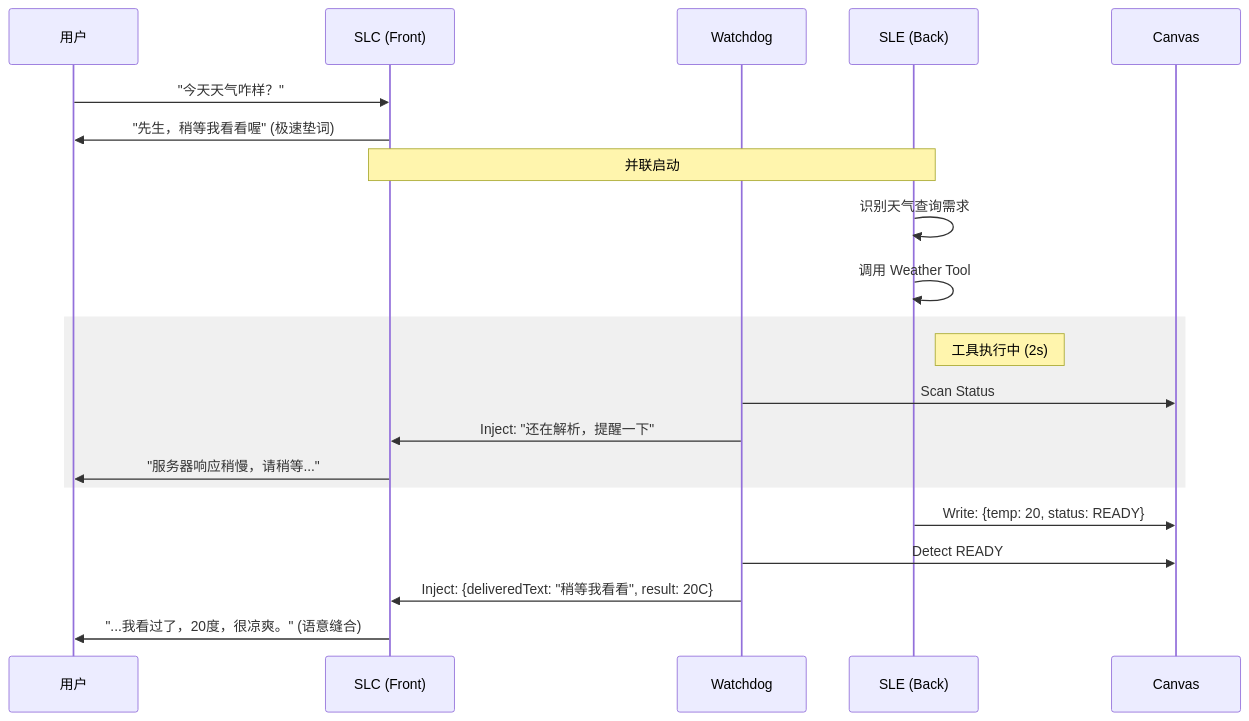
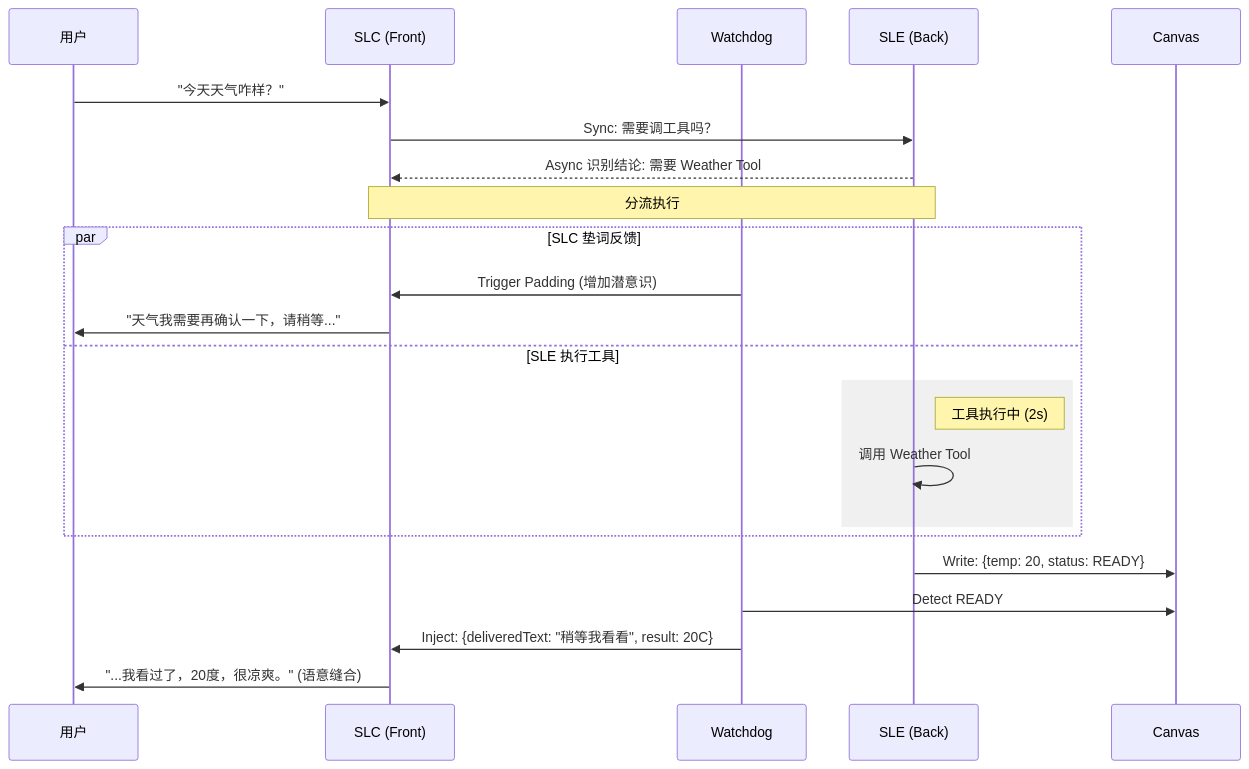
Before and after one commit to Cogit-oergo-sum/OpenClaw-Voice-Gateway-Plugin: the third of 3 diagrams in doc/design/v3.1/fast_agent_v3.md, drawn with Mermaid. The commit also changed other lines of this file and 29 other files, not shown here.

````diff
--- a/doc/design/v3.1/fast_agent_v3.md
+++ b/doc/design/v3.1/fast_agent_v3.md
@@ -96,29 +127,30 @@
 ```mermaid
 sequenceDiagram
     participant U as 用户
     participant SLC as SLC (Front)
     participant WD as Watchdog
     participant SLE as SLE (Back)
     participant C as Canvas
     
     U->>SLC: "今天天气咋样？"
-    SLC->>U: "先生，稍等我看看喔" (极速垫词)
+    SLC->>SLE: Sync: 需要调工具吗？
+    SLE-->>SLC: Async 识别结论: 需要 Weather Tool
     
-    Note over SLC,SLE: 并联启动
+    Note over SLC,SLE: 分流执行
     
-    SLE->>SLE: 识别天气查询需求
-    SLE->>SLE: 调用 Weather Tool
-    
-    rect rgb(240, 240, 240)
-    Note right of SLE: 工具执行中 (2s)
-    WD->>C: Scan Status
-    WD->>SLC: Inject: "还在解析，提醒一下"
-    SLC->>U: "服务器响应稍慢，请稍等..."
+    par SLC 垫词反馈
+        WD->>SLC: Trigger Padding (增加潜意识)
+        SLC->>U: "天气我需要再确认一下，请稍等..."
+    and SLE 执行工具
+        rect rgb(240, 240, 240)
+        Note right of SLE: 工具执行中 (2s)
+        SLE->>SLE: 调用 Weather Tool
+        end
     end
     
     SLE->>C: Write: {temp: 20, status: READY}
     WD->>C: Detect READY
     WD->>SLC: Inject: {deliveredText: "稍等我看看", result: 20C}
     
     SLC->>U: "...我看过了，20度，很凉爽。" (语意缝合)
 ```
````
